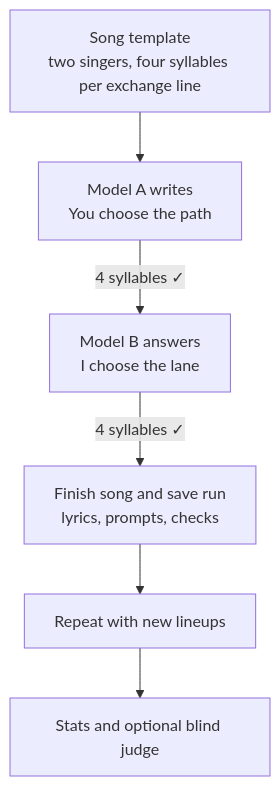
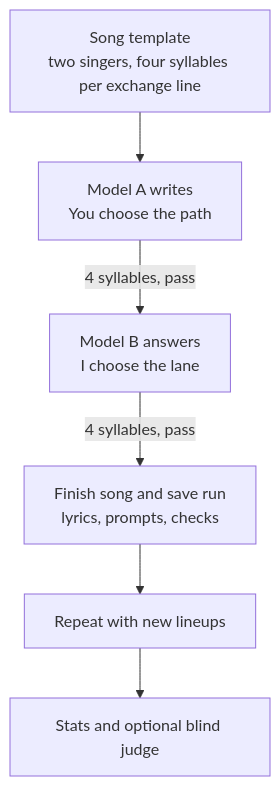
Before and after one commit to aubwang/weird-ai-bench: the diagram in README.md, drawn with Mermaid. The commit also changed other lines of this file, not shown here.

First line of the commit message:
Rewrite the README: chart first, plainer prose

````diff
--- a/README.md
+++ b/README.md
@@ -444,8 +429,8 @@
 ```mermaid
 flowchart TD
     T["Song template<br/>two singers, four syllables per exchange line"] --> A["Model A writes<br/>You choose the path"]
-    A -- "4 syllables ✓" --> B["Model B answers<br/>I choose the lane"]
-    B -- "4 syllables ✓" --> R["Finish song and save run<br/>lyrics, prompts, checks"]
+    A -- "4 syllables, pass" --> B["Model B answers<br/>I choose the lane"]
+    B -- "4 syllables, pass" --> R["Finish song and save run<br/>lyrics, prompts, checks"]
     R --> M["Repeat with new lineups"]
     M --> J["Stats and optional blind judge"]
 ```
````
